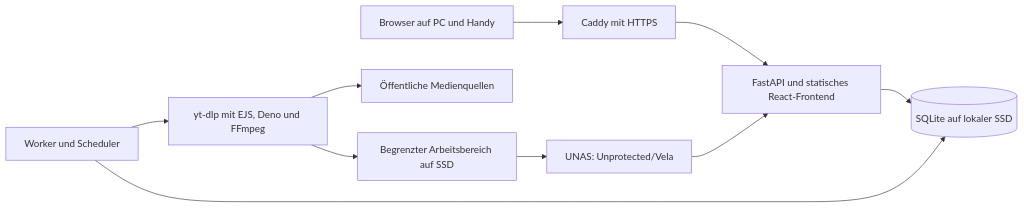
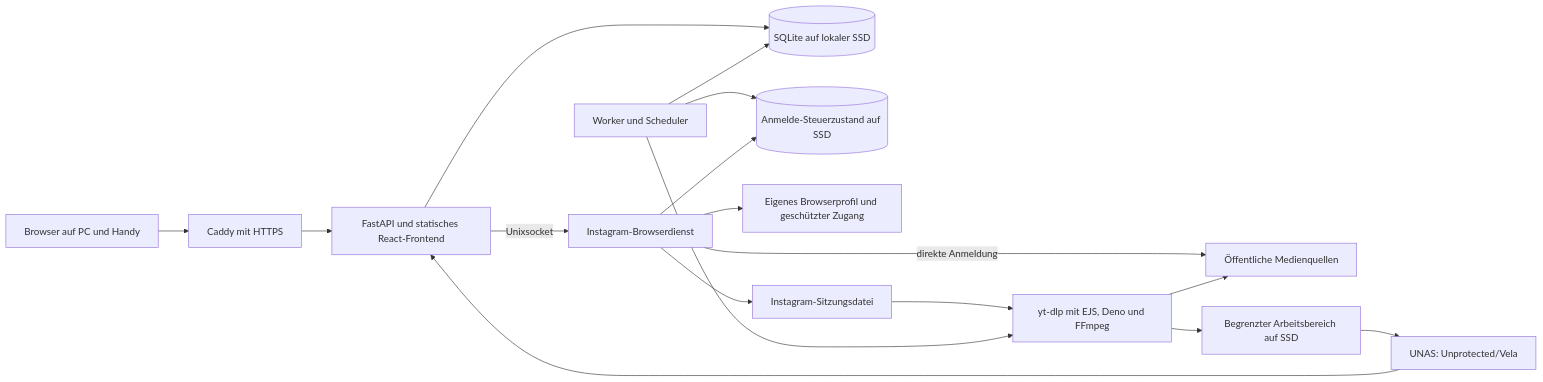
One commit to volatile1990/vela changed the diagram in docs/architecture.md. Above: the diagram before and after it, drawn with Mermaid. The commit also changed other lines of this file and 35 other files, not shown here.

````diff
--- a/docs/architecture.md
+++ b/docs/architecture.md
@@ -29,12 +29,19 @@
 ```mermaid
 flowchart LR
     B[Browser auf PC und Handy] --> C[Caddy mit HTTPS]
     C --> A[FastAPI und statisches React-Frontend]
     A --> Q[(SQLite auf lokaler SSD)]
     W[Worker und Scheduler] --> Q
+    A -->|Unixsocket| R[Instagram-Browserdienst]
+    W --> T[(Anmelde-Steuerzustand auf SSD)]
+    R --> T
+    R --> P[Eigenes Browserprofil und geschützter Zugang]
+    R -->|direkte Anmeldung| I
+    R --> K[Instagram-Sitzungsdatei]
+    K --> E
     W --> E[yt-dlp mit EJS, Deno und FFmpeg]
     E --> I[Öffentliche Medienquellen]
     E --> S[Begrenzter Arbeitsbereich auf SSD]
     S --> F[UNAS: Unprotected/Vela]
     F --> A
 ```
````
